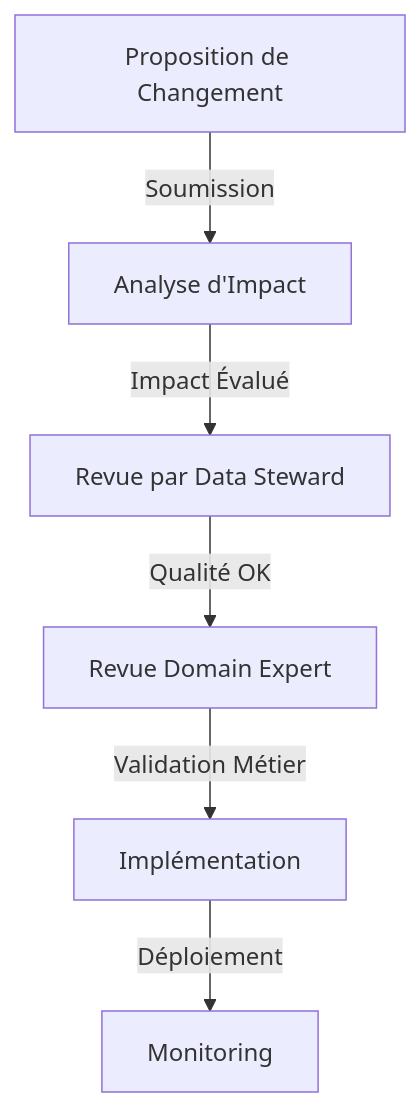
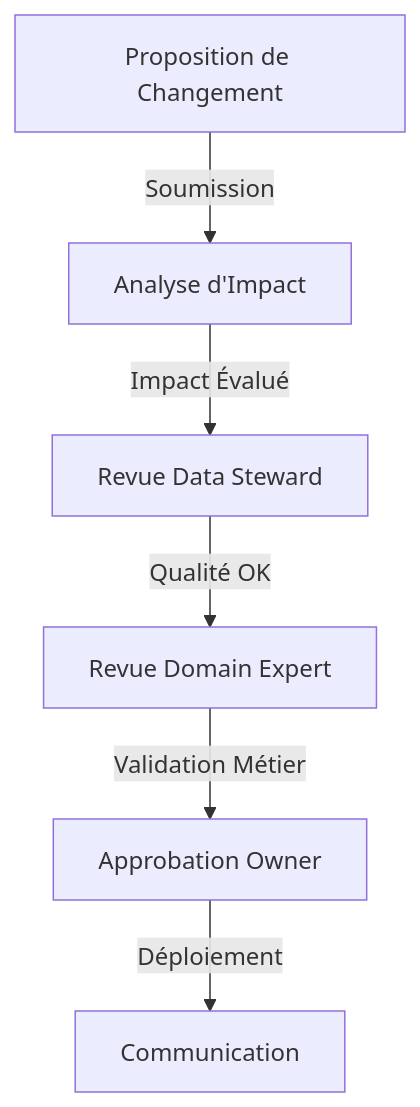
Before and after one commit to monmaya/pyb-data-contracts: the diagram in docs/fr/articles/02-structure-et-gouvernance.md, drawn with Mermaid. The commit also changed other lines of this file and 15 other files, not shown here.

````diff
--- a/docs/fr/articles/02-structure-et-gouvernance.md
+++ b/docs/fr/articles/02-structure-et-gouvernance.md
@@ -97,8 +73,8 @@
 ```mermaid
 graph TD
     A[Proposition de Changement] -->|Soumission| B[Analyse d'Impact]
-    B -->|Impact Évalué| C[Revue par Data Steward]
+    B -->|Impact Évalué| C[Revue Data Steward]
     C -->|Qualité OK| D[Revue Domain Expert]
-    D -->|Validation Métier| E[Implémentation]
-    E -->|Déploiement| F[Monitoring]
+    D -->|Validation Métier| E[Approbation Owner]
+    E -->|Déploiement| F[Communication]
 ```
````
